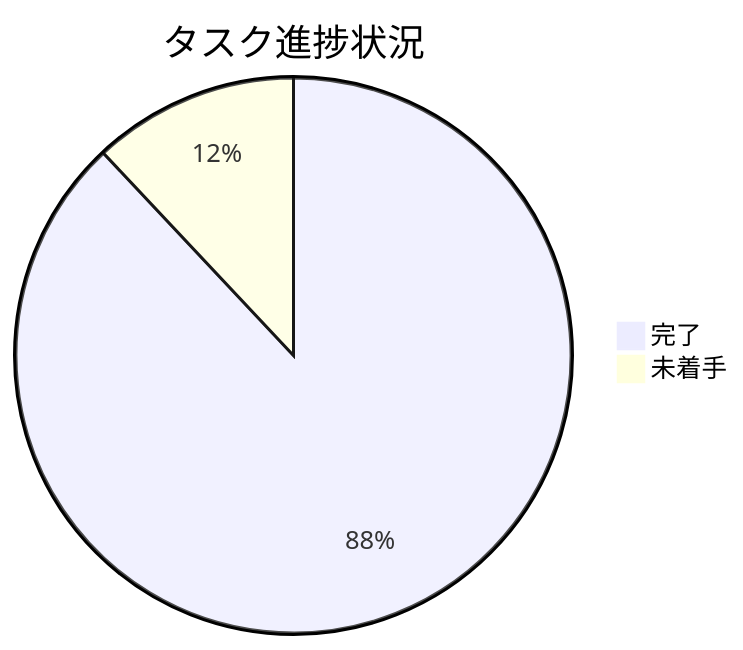
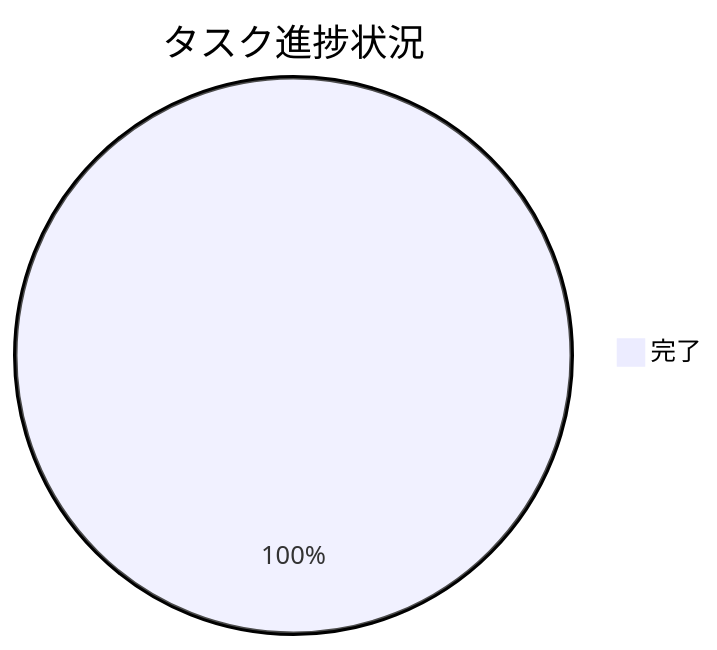
The third of 3 diagrams in specs/001-Slide-Voice-Maker/tasks.md (J1921604/Slide-MyVoice-Maker), drawn with Mermaid before and after one commit. The commit also changed other lines of this file, not shown here.

````diff
--- a/specs/001-Slide-Voice-Maker/tasks.md
+++ b/specs/001-Slide-Voice-Maker/tasks.md
@@ -214,5 +214,4 @@
 ```mermaid
 pie title タスク進捗状況
-    "完了" : 22
-    "未着手" : 3
+    "完了" : 25
 ```
````
